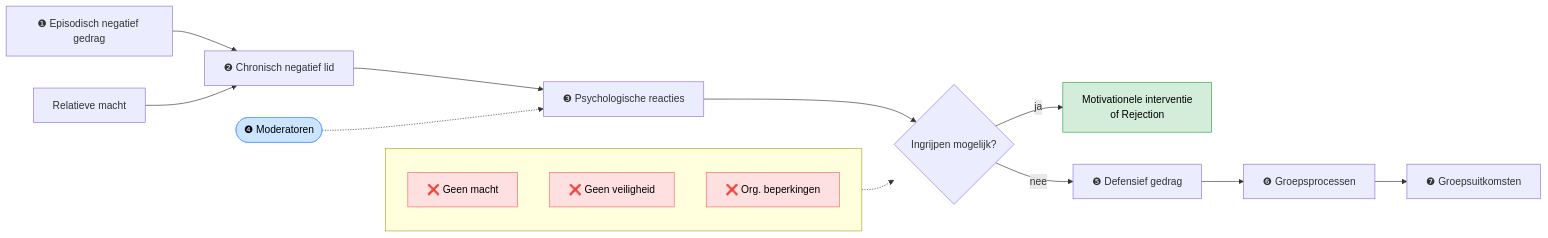
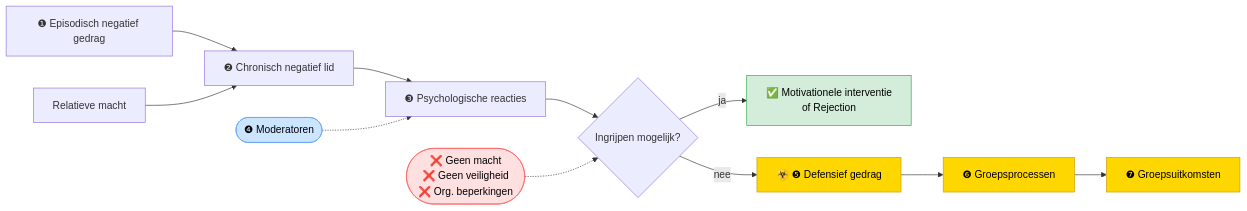
Before and after one commit to johantre/ai-value-flow-lab: the diagram in articles/felps-mitchell-byington-how-when-why-bad-apples-2006.md, drawn with Mermaid.

Commit message:
Improve causal model: br tags for vertical barriers, icons, yellow defensive branch

````diff
--- a/articles/felps-mitchell-byington-how-when-why-bad-apples-2006.md
+++ b/articles/felps-mitchell-byington-how-when-why-bad-apples-2006.md
@@ -71,24 +71,19 @@
 ```mermaid
 graph LR
     A[❶ Episodisch negatief gedrag] --> B[❷ Chronisch negatief lid]
     B --> C[❸ Psychologische reacties]
     C --> DEC{Ingrijpen mogelijk?}
-    DEC -->|ja| INT["Motivationele interventie<br/>of Rejection"]
-    DEC -->|nee| D[❺ Defensief gedrag]
+    DEC -->|ja| INT["✅ Motivationele interventie<br/>of Rejection"]
+    DEC -->|nee| D["☣️ ❺ Defensief gedrag"]
     D --> E[❻ Groepsprocessen]
     E --> F[❼ Groepsuitkomsten]
-    subgraph BARR [ ]
-        direction TB
-        B1[❌ Geen macht]
-        B2[❌ Geen veiligheid]
-        B3[❌ Org. beperkingen]
-    end
-    BARR -.-> DEC
+    BARR(["❌ Geen macht<br/>❌ Geen veiligheid<br/>❌ Org. beperkingen"]) -.-> DEC
     G([❹ Moderatoren]) -.-> C
     H[Relatieve macht] --> B
     style G fill:#cce5ff,stroke:#66a3ff,color:#000
-    style B1 fill:#ffe0e0,stroke:#ff6666,color:#000
-    style B2 fill:#ffe0e0,stroke:#ff6666,color:#000
-    style B3 fill:#ffe0e0,stroke:#ff6666,color:#000
+    style BARR fill:#ffe0e0,stroke:#ff6666,color:#000
     style INT fill:#d4edda,stroke:#28a745,color:#000
+    style D fill:#ffd700,stroke:#cc9900,color:#000
+    style E fill:#ffd700,stroke:#cc9900,color:#000
+    style F fill:#ffd700,stroke:#cc9900,color:#000
 ```
````
